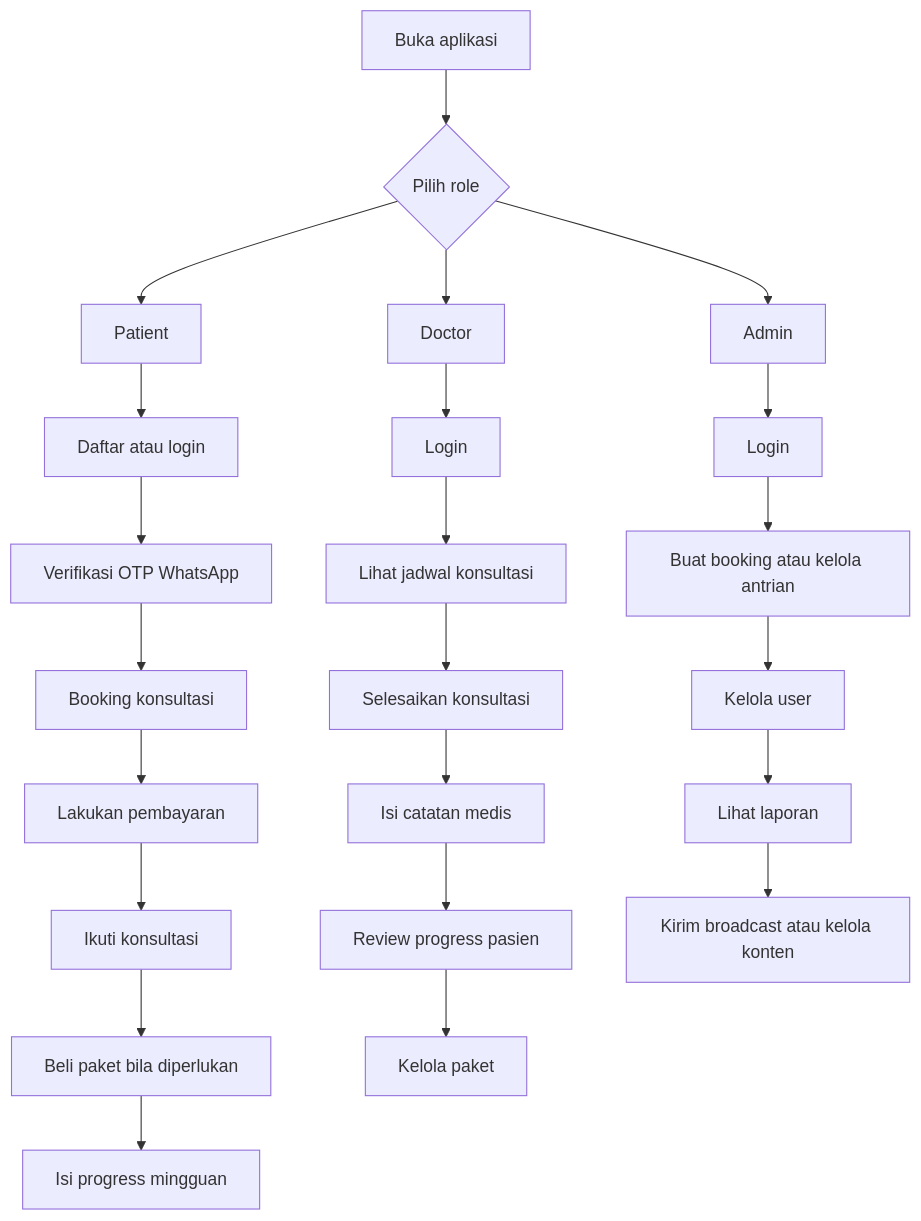
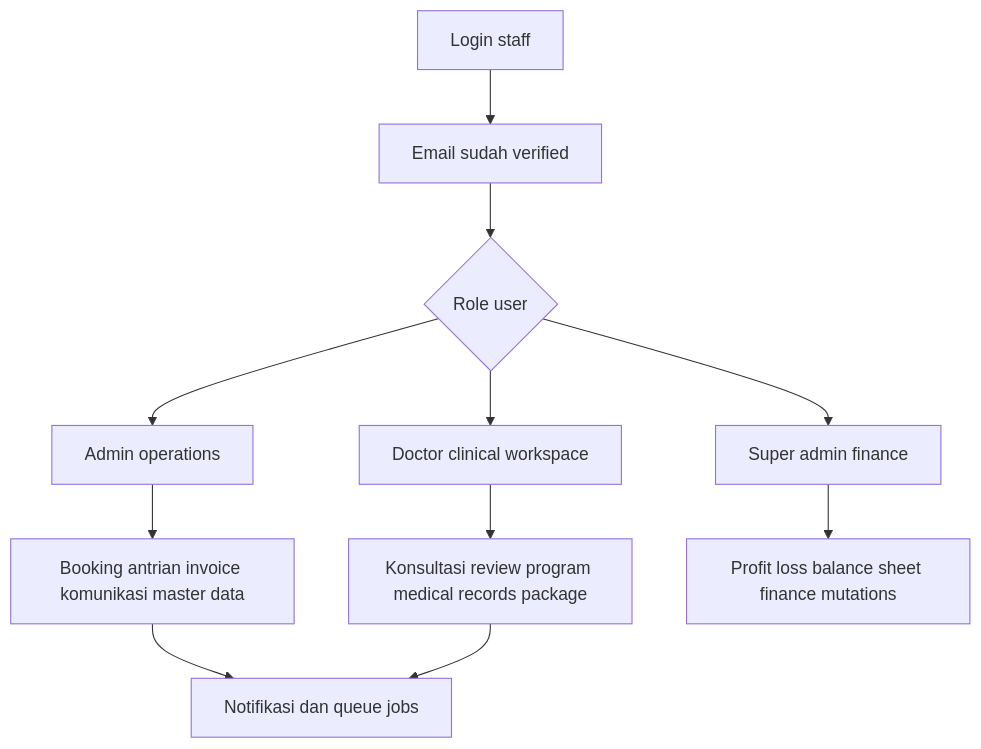
One commit to ranggacaw/more_apps changed the first of 4 diagrams in docs/cara_menggunakan_aplikasi.md. Above: the diagram before and after it, drawn with Mermaid. The commit also changed other lines of this file and 25 other files, not shown here.

````diff
--- a/docs/cara_menggunakan_aplikasi.md
+++ b/docs/cara_menggunakan_aplikasi.md
@@ -15,28 +17,13 @@
 ```mermaid
 flowchart TD
-    A[Buka aplikasi] --> B{Pilih role}
-    B --> C[Patient]
-    B --> D[Doctor]
-    B --> E[Admin]
-
-    C --> C1[Daftar atau login]
-    C1 --> C2[Verifikasi OTP WhatsApp]
-    C2 --> C3[Booking konsultasi]
-    C3 --> C4[Lakukan pembayaran]
-    C4 --> C5[Ikuti konsultasi]
-    C5 --> C6[Beli paket bila diperlukan]
-    C6 --> C7[Isi progress mingguan]
-
-    D --> D1[Login]
-    D1 --> D2[Lihat jadwal konsultasi]
-    D2 --> D3[Selesaikan konsultasi]
-    D3 --> D4[Isi catatan medis]
-    D4 --> D5[Review progress pasien]
-    D5 --> D6[Kelola paket]
-
-    E --> E1[Login]
-    E1 --> E2[Buat booking atau kelola antrian]
-    E2 --> E3[Kelola user]
-    E3 --> E4[Lihat laporan]
-    E4 --> E5[Kirim broadcast atau kelola konten]
+    A[Login staff] --> B[Email sudah verified]
+    B --> C{Role user}
+    C --> D[Admin operations]
+    C --> E[Doctor clinical workspace]
+    C --> F[Super admin finance]
+    D --> G[Booking antrian invoice komunikasi master data]
+    E --> H[Konsultasi review program medical records package]
+    F --> I[Profit loss balance sheet finance mutations]
+    G --> J[Notifikasi dan queue jobs]
+    H --> J
 ```
````
